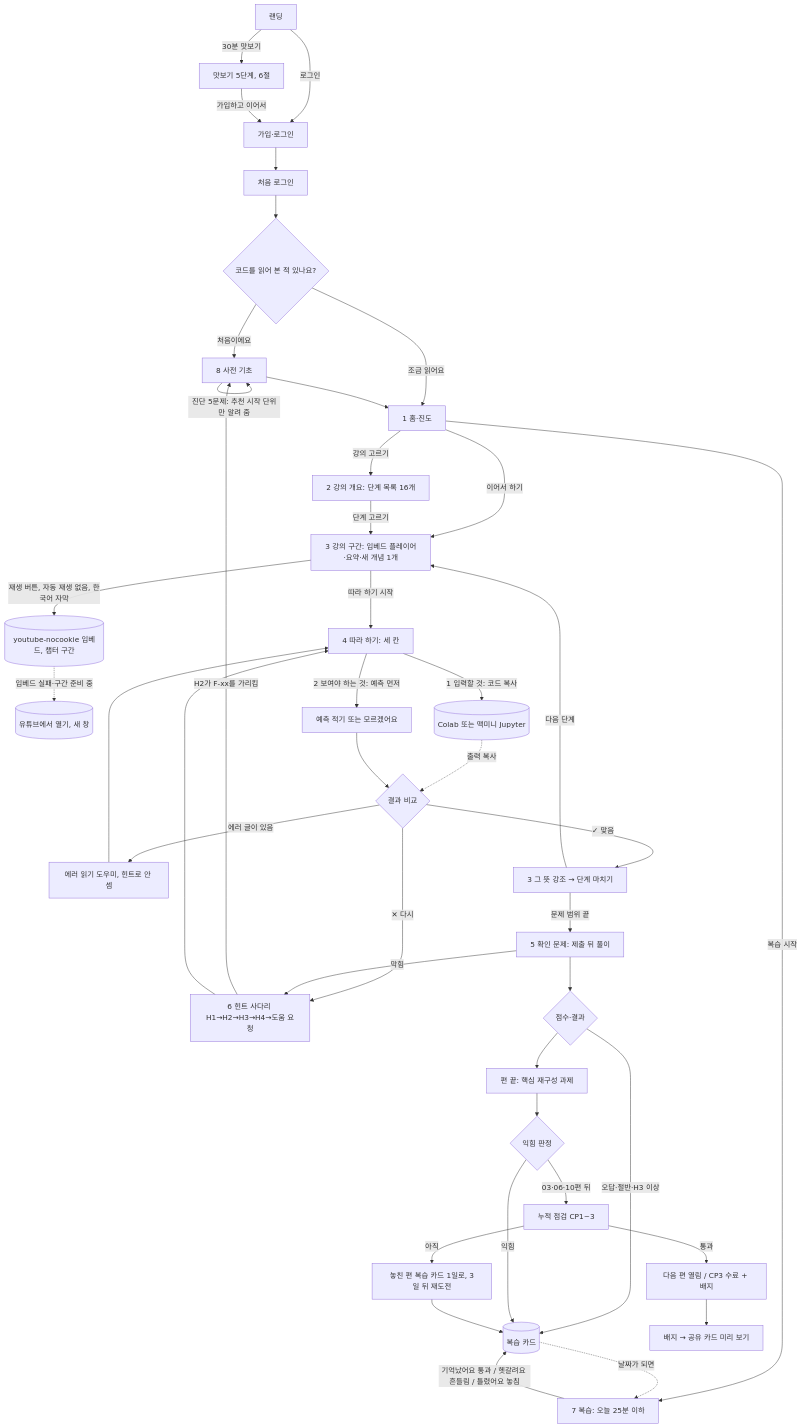
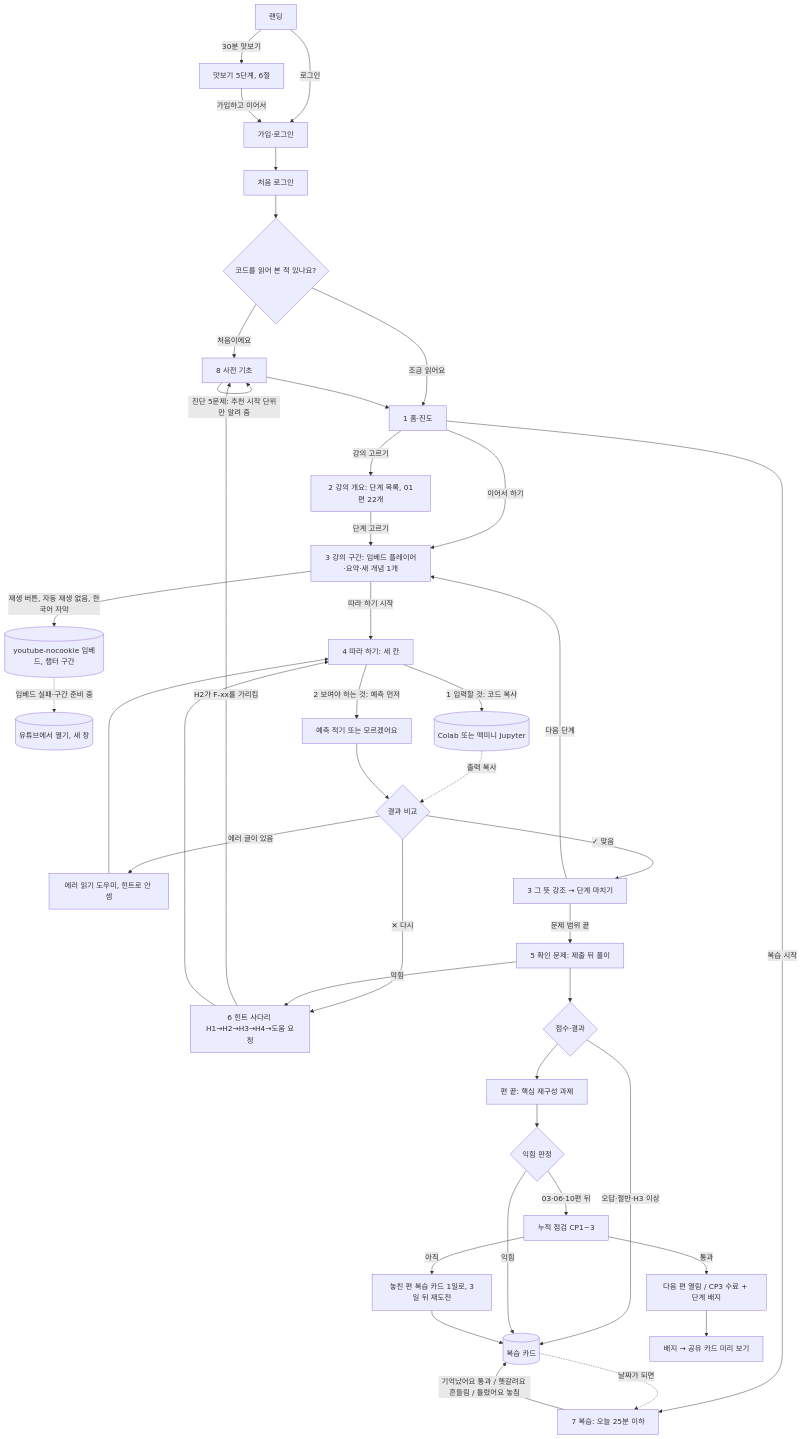
One commit to blazethrottle/z2h-ko changed the first of 5 diagrams in inputs/design/flow.md. Above: the diagram before and after it, drawn with Mermaid. The commit also changed other lines of this file and 94 other files, not shown here.

````diff
--- a/inputs/design/flow.md
+++ b/inputs/design/flow.md
@@ -19,44 +20,44 @@
 ```mermaid
 flowchart TD
     LP[랜딩] -- 30분 맛보기 --> TS[맛보기 5단계, 6절]
     LP -- 로그인 --> AU[가입·로그인]
     TS -- 가입하고 이어서 --> AU
     AU --> A
     A[처음 로그인] --> B{코드를 읽어 본 적 있나요?}
     B -- 처음이에요 --> C[8 사전 기초]
     B -- 조금 읽어요 --> D[1 홈·진도]
     C -- 진단 5문제: 추천 시작 단위만 알려 줌 --> C
     C --> D
     D -- 이어서 하기 --> F
-    D -- 강의 고르기 --> E[2 강의 개요: 단계 목록 16개]
+    D -- 강의 고르기 --> E[2 강의 개요: 단계 목록, 01편 22개]
     D -- 복습 시작 --> R[7 복습: 오늘 25분 이하]
     E -- 단계 고르기 --> F[3 강의 구간: 임베드 플레이어·요약·새 개념 1개]
     F -- 재생 버튼, 자동 재생 없음, 한국어 자막 --> YT[(youtube-nocookie 임베드, 챕터 구간)]
     YT -. 임베드 실패·구간 준비 중 .-> YO[(유튜브에서 열기, 새 창)]
     F -- 따라 하기 시작 --> G[4 따라 하기: 세 칸]
     G -- 1 입력할 것: 코드 복사 --> NB[(Colab 또는 맥미니 Jupyter)]
     G -- 2 보여야 하는 것: 예측 먼저 --> P[예측 적기 또는 모르겠어요]
     NB -. 출력 복사 .-> H
     P --> H{결과 비교}
     H -- 에러 글이 있음 --> ER[에러 읽기 도우미, 힌트로 안 셈]
     ER --> G
     H -- ✓ 맞음 --> M[3 그 뜻 강조 → 단계 마치기]
     H -- ✕ 다시 --> J[6 힌트 사다리 H1→H2→H3→H4→도움 요청]
     J -- H2가 F-xx를 가리킴 --> C
     J --> G
     M -- 문제 범위 끝 --> I[5 확인 문제: 제출 뒤 풀이]
     M -- 다음 단계 --> F
     I -- 막힘 --> J
     I --> K{점수·결과}
     K -- 오답·절반·H3 이상 --> Q[(복습 카드)]
     K --> M2[편 끝: 핵심 재구성 과제]
     M2 --> MS{익힘 판정}
     MS -- 익힘 --> Q
     MS -- 03·06·10편 뒤 --> CP[누적 점검 CP1~3]
-    CP -- 통과 --> E2[다음 편 열림 / CP3 수료 + 배지]
+    CP -- 통과 --> E2[다음 편 열림 / CP3 수료 + 단계 배지]
     CP -- 아직 --> CPN[놓친 편 복습 카드 1일로, 3일 뒤 재도전]
     CPN --> Q
     E2 --> BG[배지 → 공유 카드 미리 보기]
     Q -. 날짜가 되면 .-> R
     R -- 기억났어요 통과 / 헷갈려요 흔들림 / 틀렸어요 놓침 --> Q
 ```
````
